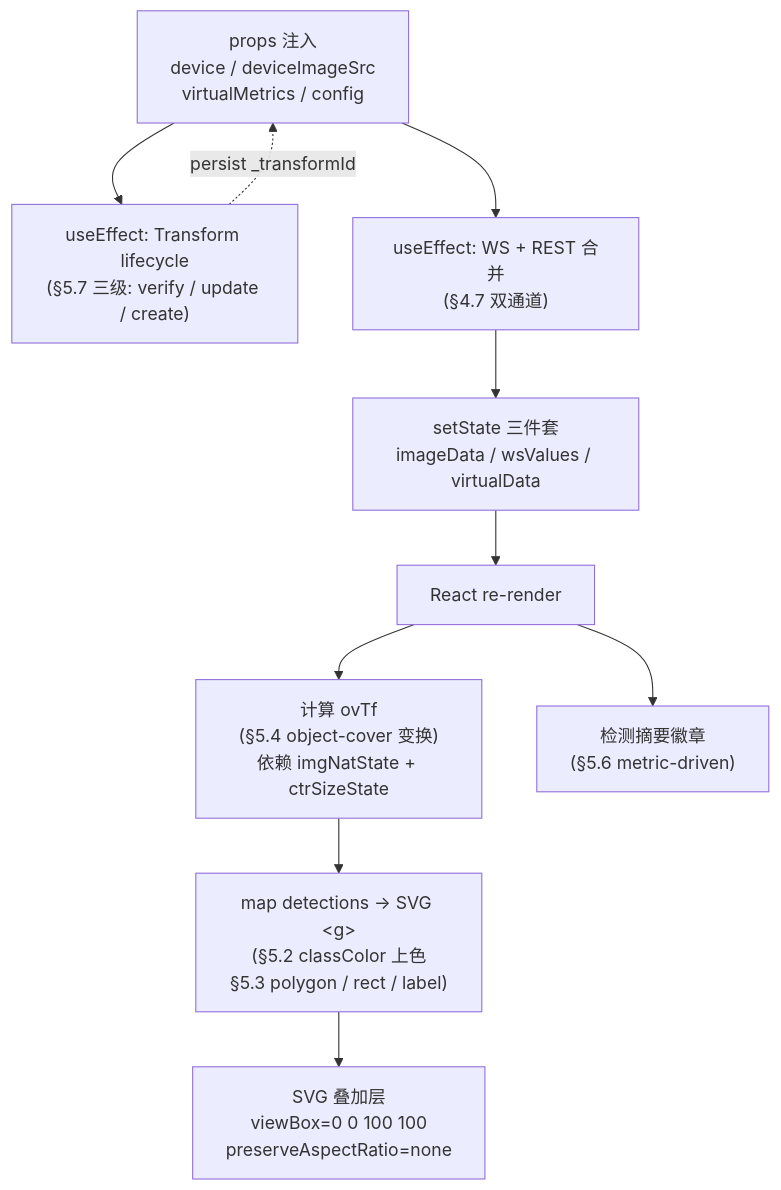
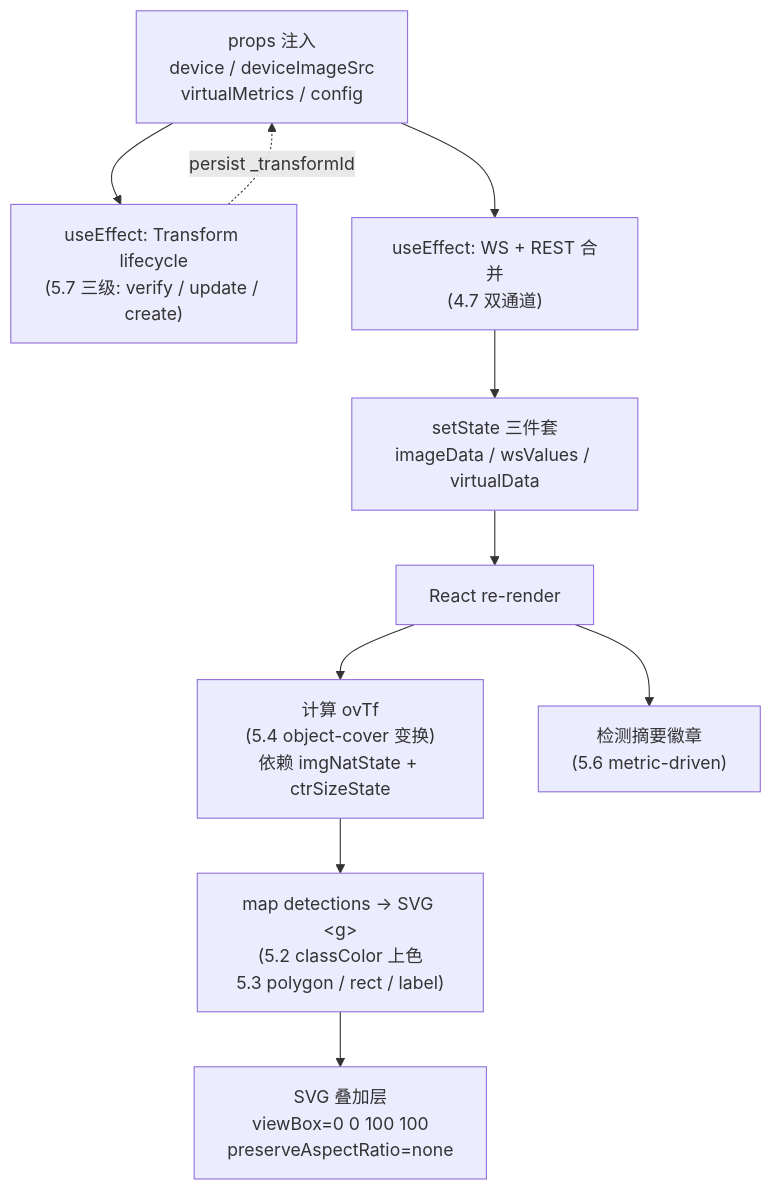
Before and after one commit to luommy/wiki-documents: the first of 3 diagrams in docs/0-neomind/developer-guide/case-studies/7-ne101-camera-component/5-frontend-consume.md, drawn with Mermaid. The commit also changed other lines of this file and 30 other files, not shown here.

````diff
--- a/docs/0-neomind/developer-guide/case-studies/7-ne101-camera-component/5-frontend-consume.md
+++ b/docs/0-neomind/developer-guide/case-studies/7-ne101-camera-component/5-frontend-consume.md
@@ -20,22 +20,22 @@
 ```mermaid
 graph TB
     PROPS["props 注入<br/>device / deviceImageSrc<br/>virtualMetrics / config"]
-    EFFECT_TR["useEffect: Transform lifecycle<br/>(§5.7 三级: verify / update / create)"]
-    EFFECT_FETCH["useEffect: WS + REST 合并<br/>(§4.7 双通道)"]
+    EFFECT_TR["useEffect: Transform lifecycle<br/>(5.7 三级: verify / update / create)"]
+    EFFECT_FETCH["useEffect: WS + REST 合并<br/>(4.7 双通道)"]
     STATE["setState 三件套<br/>imageData / wsValues / virtualData"]
     RERENDER["React re-render"]
-    OVTF["计算 ovTf<br/>(§5.4 object-cover 变换)<br/>依赖 imgNatState + ctrSizeState"]
-    MAPDET["map detections → SVG &lt;g&gt;<br/>(§5.2 classColor 上色<br/>§5.3 polygon / rect / label)"]
+    OVTF["计算 ovTf<br/>(5.4 object-cover 变换)<br/>依赖 imgNatState + ctrSizeState"]
+    MAPDET["map detections → SVG &lt;g&gt;<br/>(5.2 classColor 上色<br/>5.3 polygon / rect / label)"]
     SVG["SVG 叠加层<br/>viewBox=0 0 100 100<br/>preserveAspectRatio=none"]
-    BADGES["检测摘要徽章<br/>(§5.6 metric-driven)"]
+    BADGES["检测摘要徽章<br/>(5.6 metric-driven)"]
 
     PROPS --> EFFECT_TR
     PROPS --> EFFECT_FETCH
     EFFECT_TR -.->|"persist _transformId"| PROPS
     EFFECT_FETCH --> STATE
     STATE --> RERENDER
     RERENDER --> OVTF
     OVTF --> MAPDET
     MAPDET --> SVG
     RERENDER --> BADGES
 ```
````
